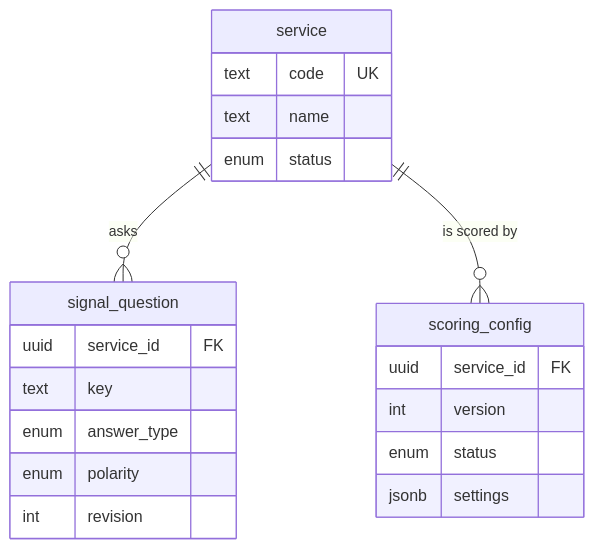
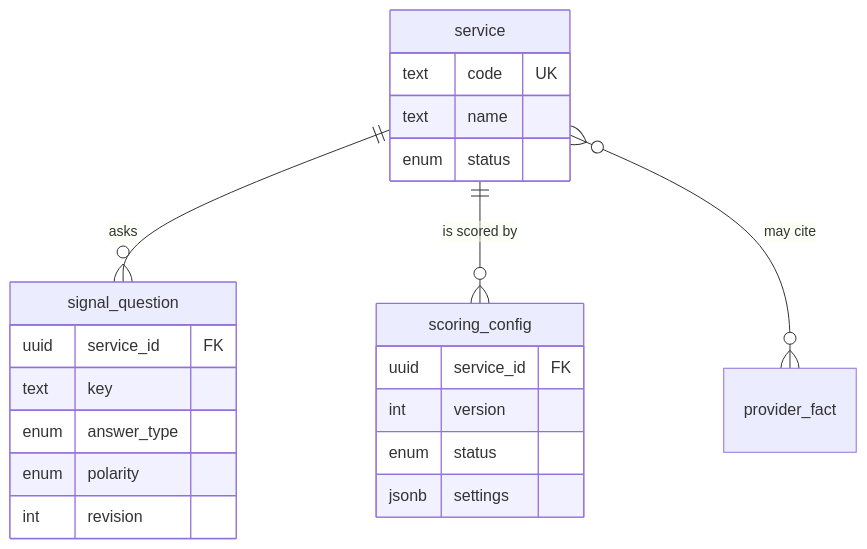
Before and after one commit to Nichita111/OrangeLeadRadar: the second of 7 diagrams in docs/architecture/sql-store.md, drawn with Mermaid. The commit also changed other lines of this file and 22 other files, not shown here.

````diff
--- a/docs/architecture/sql-store.md
+++ b/docs/architecture/sql-store.md
@@ -60,23 +60,24 @@
 ```mermaid
 erDiagram
   service ||--o{ signal_question : asks
   service ||--o{ scoring_config : "is scored by"
+  service }o--o{ provider_fact : "may cite"
   service {
     text code UK
     text name
     enum status
   }
   signal_question {
     uuid service_id FK
     text key
     enum answer_type
     enum polarity
     int revision
   }
   scoring_config {
     uuid service_id FK
     int version
     enum status
     jsonb settings
   }
 ```
````
